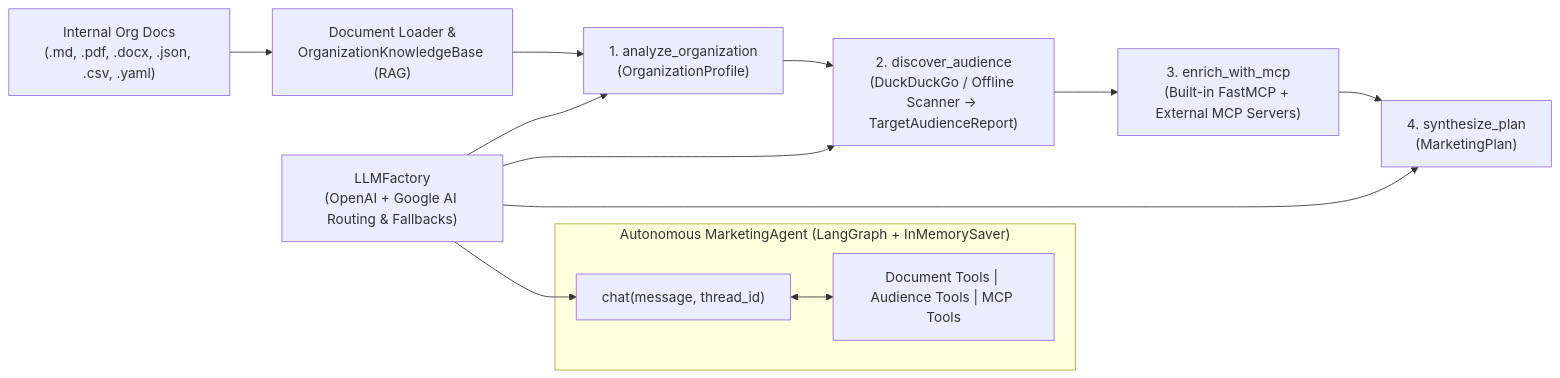
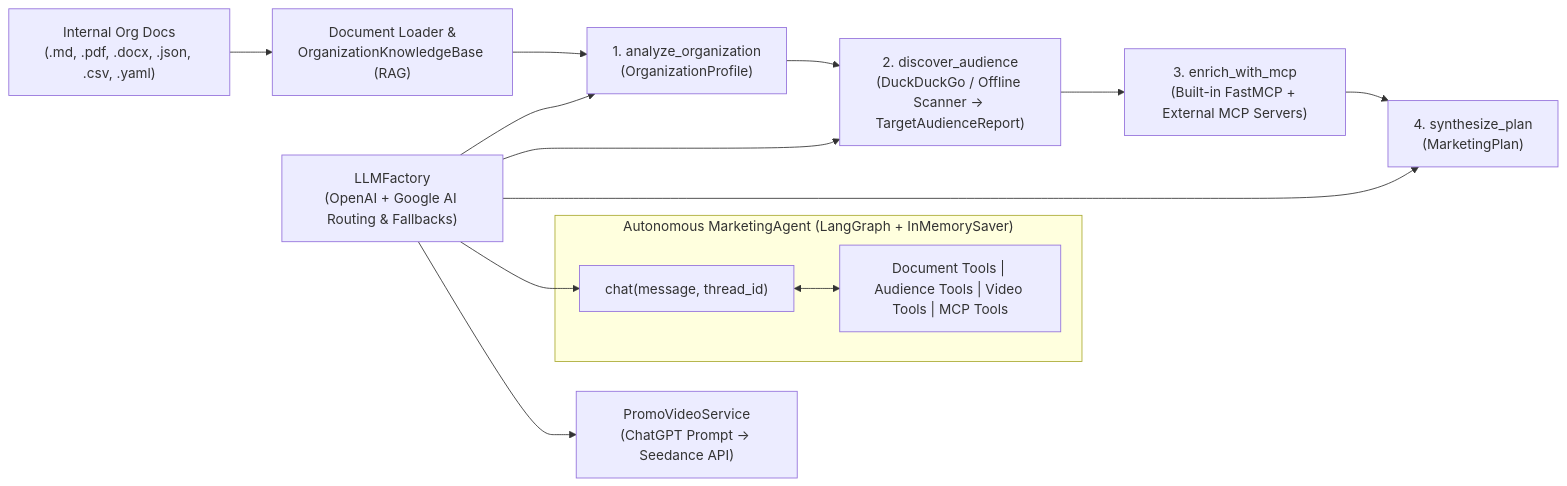
The diagram in README.md (omerasaf01/closr), drawn with Mermaid before and after one commit. The commit also changed other lines of this file and 17 other files, not shown here.

First line of the commit message:
Add offline integration and unit tests for PromoVideoService and video prompt engineering

````diff
--- a/README.md
+++ b/README.md
@@ -36,17 +40,18 @@
 ```mermaid
 flowchart LR
     Docs["Internal Org Docs<br/>(.md, .pdf, .docx, .json, .csv, .yaml)"] --> Loader["Document Loader &<br/>OrganizationKnowledgeBase (RAG)"]
     Loader --> Stage1["1. analyze_organization<br/>(OrganizationProfile)"]
     Stage1 --> Stage2["2. discover_audience<br/>(DuckDuckGo / Offline Scanner -> TargetAudienceReport)"]
     Stage2 --> Stage3["3. enrich_with_mcp<br/>(Built-in FastMCP + External MCP Servers)"]
     Stage3 --> Stage4["4. synthesize_plan<br/>(MarketingPlan)"]
 
     subgraph Agent["Autonomous MarketingAgent (LangGraph + InMemorySaver)"]
-        Chat["chat(message, thread_id)"] <--> Tools["Document Tools | Audience Tools | MCP Tools"]
+        Chat["chat(message, thread_id)"] <--> Tools["Document Tools | Audience Tools | Video Tools | MCP Tools"]
     end
 
     Factory["LLMFactory<br/>(OpenAI + Google AI Routing & Fallbacks)"] --> Stage1
     Factory --> Stage2
     Factory --> Stage4
     Factory --> Chat
+    Factory --> Video["PromoVideoService<br/>(ChatGPT Prompt -> Seedance API)"]
 ```
````
